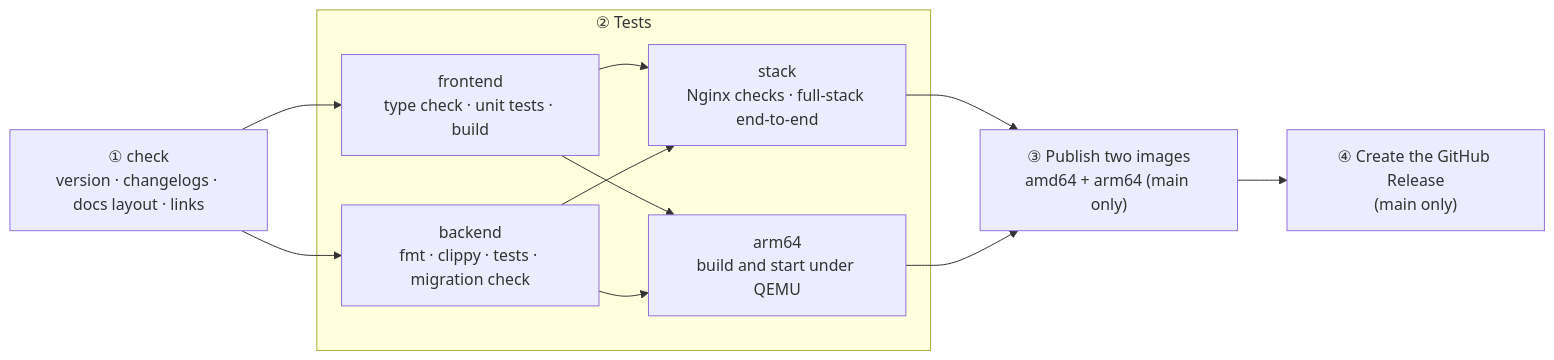
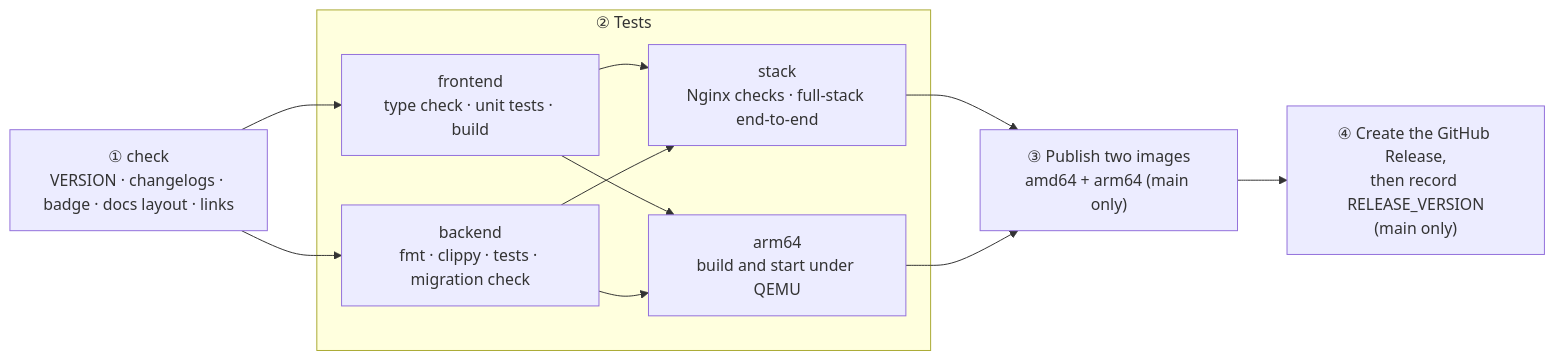
Before and after one commit to Yumin-Space/xexam: the seventh of 7 diagrams in README.md, drawn with Mermaid. The commit also changed other lines of this file and 295 other files, not shown here.

````diff
--- a/README.md
+++ b/README.md
@@ -848,19 +1125,19 @@
 ```mermaid
 flowchart LR
-    C["① check<br/>version · changelogs · docs layout · links"]
+    C["① check<br/>VERSION · changelogs · badge · docs layout · links"]
     subgraph T["② Tests"]
         F["frontend<br/>type check · unit tests · build"]
         B["backend<br/>fmt · clippy · tests · migration check"]
         S["stack<br/>Nginx checks · full-stack end-to-end"]
         A["arm64<br/>build and start under QEMU"]
         F --> S
         B --> S
         F --> A
         B --> A
     end
     C --> F
     C --> B
     S --> P["③ Publish two images<br/>amd64 + arm64 (main only)"]
     A --> P
-    P --> R["④ Create the GitHub Release<br/>(main only)"]
+    P --> R["④ Create the GitHub Release,<br/>then record RELEASE_VERSION<br/>(main only)"]
 ```
````
